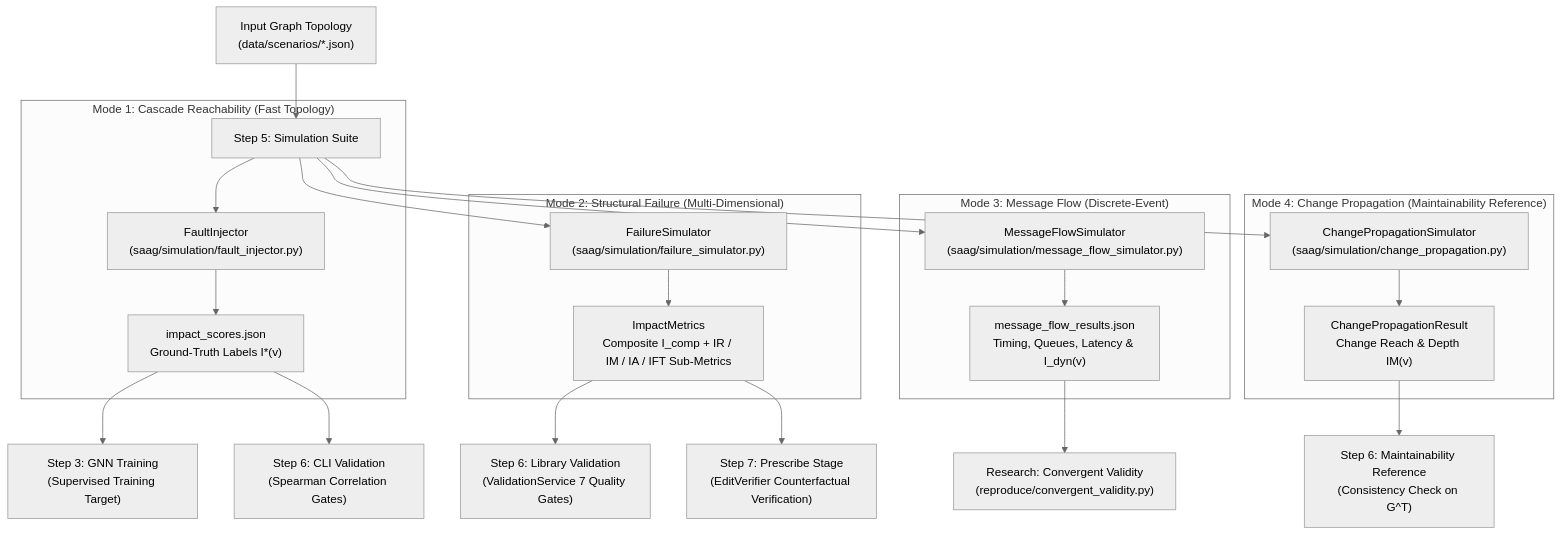
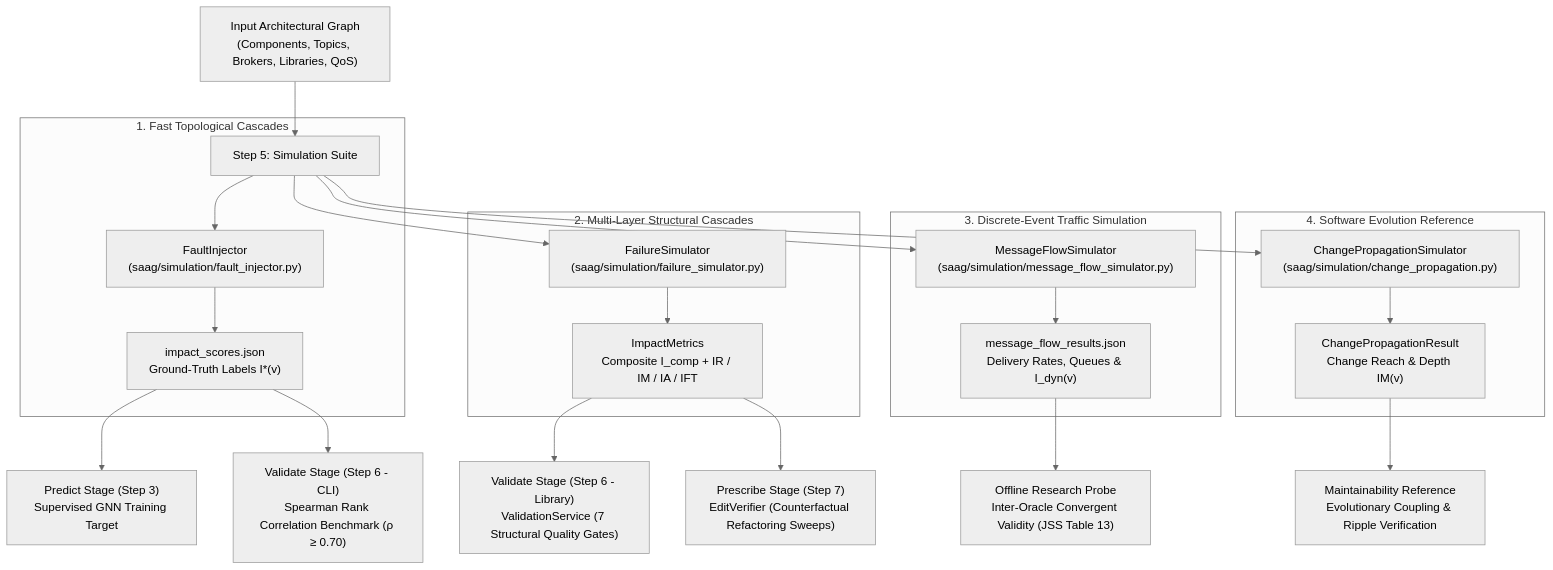
Before and after one commit to onuralpyigit/software-as-a-graph: the first of 2 diagrams in docs/failure-simulation.md, drawn with Mermaid (neutral theme). The commit also changed other lines of this file and 10 other files, not shown here.

First line of the commit message:
Enhance data processing and validation in GNN training and rendering scripts

````diff
--- a/docs/failure-simulation.md
+++ b/docs/failure-simulation.md
@@ -58,31 +105,31 @@
 ```mermaid
 flowchart TD
-    G["Input Graph Topology<br>(data/scenarios/*.json)"] --> SIM["Step 5: Simulation Suite"]
-    
-    subgraph Mode1["Mode 1: Cascade Reachability (Fast Topology)"]
-        SIM --> FI["FaultInjector<br>(saag/simulation/fault_injector.py)"]
-        FI --> IMP["impact_scores.json<br>Ground-Truth Labels I*(v)"]
+    G["Input Architectural Graph<br>(Components, Topics, Brokers, Libraries, QoS)"] --> SIM_SUITE["Step 5: Simulation Suite"]
+
+    subgraph FastLabels["1. Fast Topological Cascades"]
+        SIM_SUITE --> FI["FaultInjector<br>(saag/simulation/fault_injector.py)"]
+        FI --> LBL["impact_scores.json<br>Ground-Truth Labels I*(v)"]
     end
 
-    subgraph Mode2["Mode 2: Structural Failure (Multi-Dimensional)"]
-        SIM --> FS["FailureSimulator<br>(saag/simulation/failure_simulator.py)"]
-        FS --> FSR["ImpactMetrics<br>Composite I_comp + IR / IM / IA / IFT Sub-Metrics"]
+    subgraph MultiLayer["2. Multi-Layer Structural Cascades"]
+        SIM_SUITE --> FS["FailureSimulator<br>(saag/simulation/failure_simulator.py)"]
+        FS --> COMP["ImpactMetrics<br>Composite I_comp + IR / IM / IA / IFT"]
     end
 
-    subgraph Mode3["Mode 3: Message Flow (Discrete-Event)"]
-        SIM --> MFS["MessageFlowSimulator<br>(saag/simulation/message_flow_simulator.py)"]
-        MFS --> MFR["message_flow_results.json<br>Timing, Queues, Latency & I_dyn(v)"]
+    subgraph DiscreteEvent["3. Discrete-Event Traffic Simulation"]
+        SIM_SUITE --> MFS["MessageFlowSimulator<br>(saag/simulation/message_flow_simulator.py)"]
+        MFS --> DYN["message_flow_results.json<br>Delivery Rates, Queues & I_dyn(v)"]
     end
 
-    subgraph Mode4["Mode 4: Change Propagation (Maintainability Reference)"]
-        SIM --> CPS["ChangePropagationSimulator<br>(saag/simulation/change_propagation.py)"]
-        CPS --> CPR["ChangePropagationResult<br>Change Reach & Depth IM(v)"]
+    subgraph Maintainability["4. Software Evolution Reference"]
+        SIM_SUITE --> CPS["ChangePropagationSimulator<br>(saag/simulation/change_propagation.py)"]
+        CPS --> MAINT["ChangePropagationResult<br>Change Reach & Depth IM(v)"]
     end
 
-    IMP --> GNN["Step 3: GNN Training<br>(Supervised Training Target)"]
-    IMP --> VAL_CLI["Step 6: CLI Validation<br>(Spearman Correlation Gates)"]
-    FSR --> VAL_LIB["Step 6: Library Validation<br>(ValidationService 7 Quality Gates)"]
-    FSR --> PRE["Step 7: Prescribe Stage<br>(EditVerifier Counterfactual Verification)"]
-    MFR --> CONV["Research: Convergent Validity<br>(reproduce/convergent_validity.py)"]
-    CPR --> MAINT_REF["Step 6: Maintainability Reference<br>(Consistency Check on G^T)"]
+    LBL --> PREDICT["Predict Stage (Step 3)<br>Supervised GNN Training Target"]
+    LBL --> VAL_CLI["Validate Stage (Step 6 - CLI)<br>Spearman Rank Correlation Benchmark (ρ ≥ 0.70)"]
+    COMP --> VAL_LIB["Validate Stage (Step 6 - Library)<br>ValidationService (7 Structural Quality Gates)"]
+    COMP --> PRESCRIBE["Prescribe Stage (Step 7)<br>EditVerifier (Counterfactual Refactoring Sweeps)"]
+    DYN --> CONV_VAL["Offline Research Probe<br>Inter-Oracle Convergent Validity (JSS Table 13)"]
+    MAINT --> MAINT_REF["Maintainability Reference<br>Evolutionary Coupling & Ripple Verification"]
 ```
````
